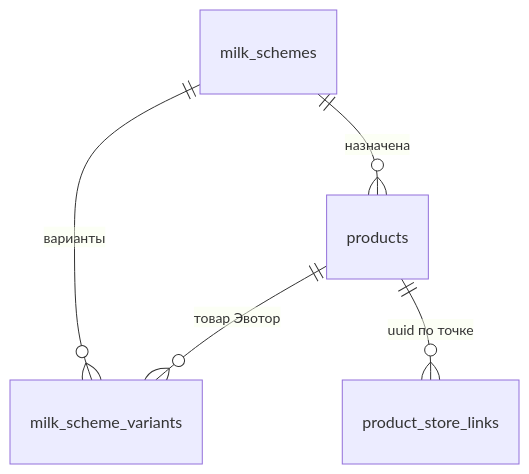
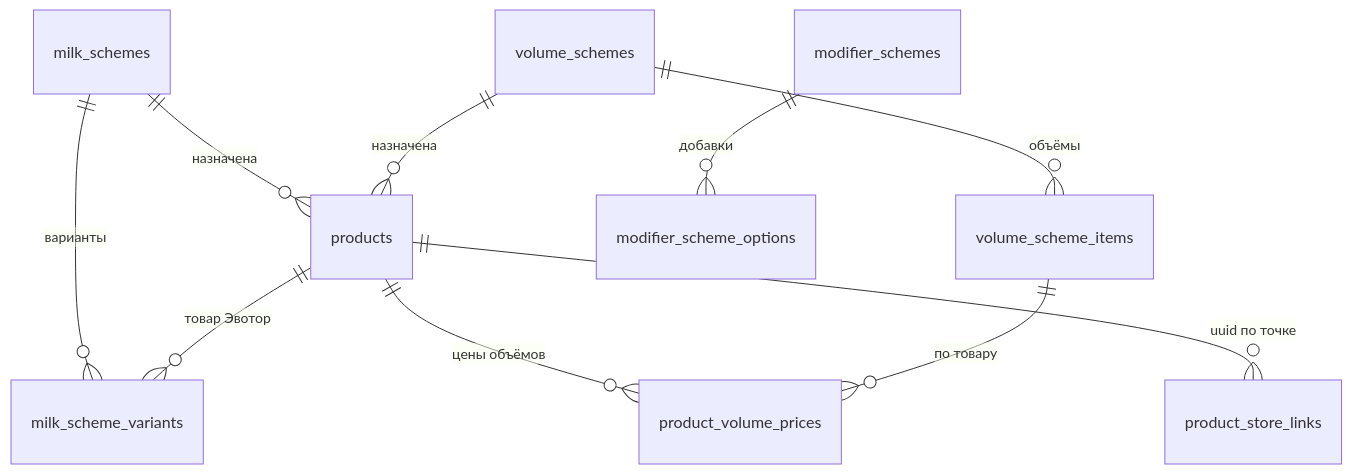
One commit to demossml/sixth-cup changed the second of 2 diagrams in docs/PRODUCT-CONFIGURATION-SCHEMES.md. Above: the diagram before and after it, drawn with Mermaid. The commit also changed other lines of this file and 18 other files, not shown here.

First line of the commit message:
feat(admin): три отдельные схемы конфигурации товара — объёмы, молоко, добавки

````diff
--- a/docs/PRODUCT-CONFIGURATION-SCHEMES.md
+++ b/docs/PRODUCT-CONFIGURATION-SCHEMES.md
@@ -27,7 +34,12 @@
 ```mermaid
 erDiagram
   milk_schemes ||--o{ milk_scheme_variants : "варианты"
   milk_schemes ||--o{ products : "назначена"
+  volume_schemes ||--o{ volume_scheme_items : "объёмы"
+  volume_schemes ||--o{ products : "назначена"
+  products ||--o{ product_volume_prices : "цены объёмов"
+  volume_scheme_items ||--o{ product_volume_prices : "по товару"
+  modifier_schemes ||--o{ modifier_scheme_options : "добавки"
   products ||--o{ milk_scheme_variants : "товар Эвотор"
   products ||--o{ product_store_links : "uuid по точке"
 ```
````
